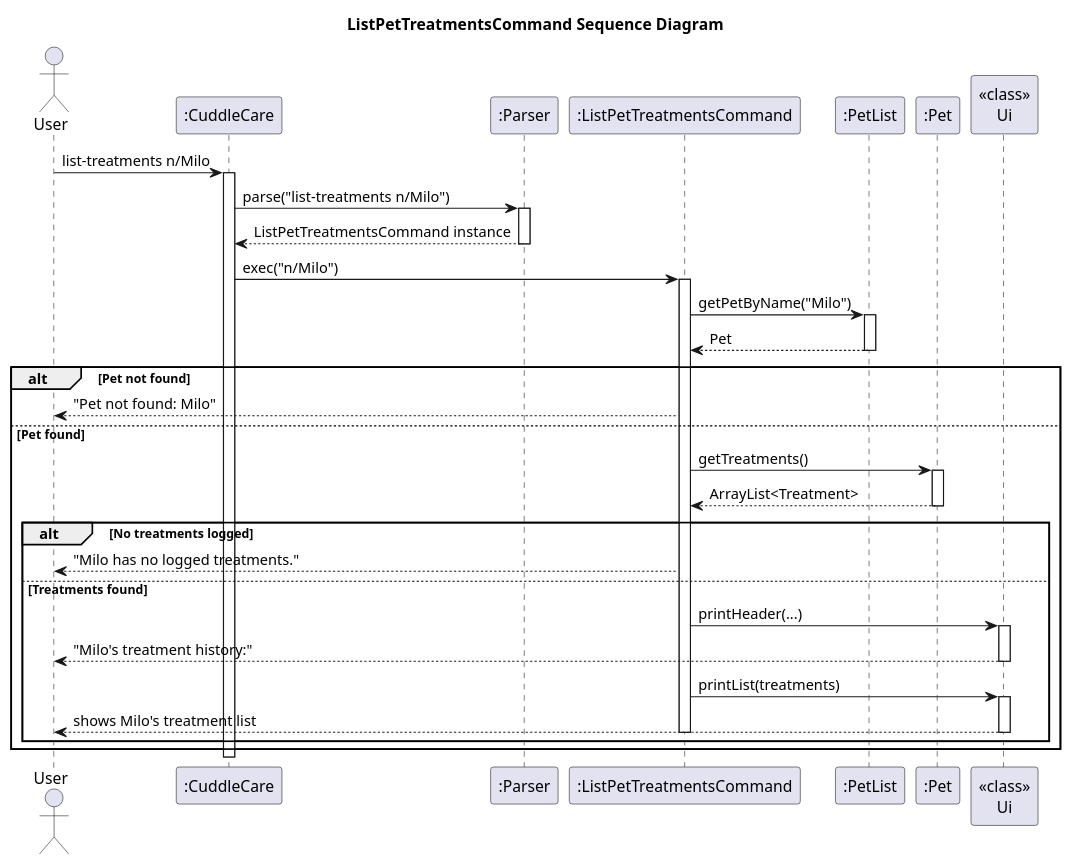
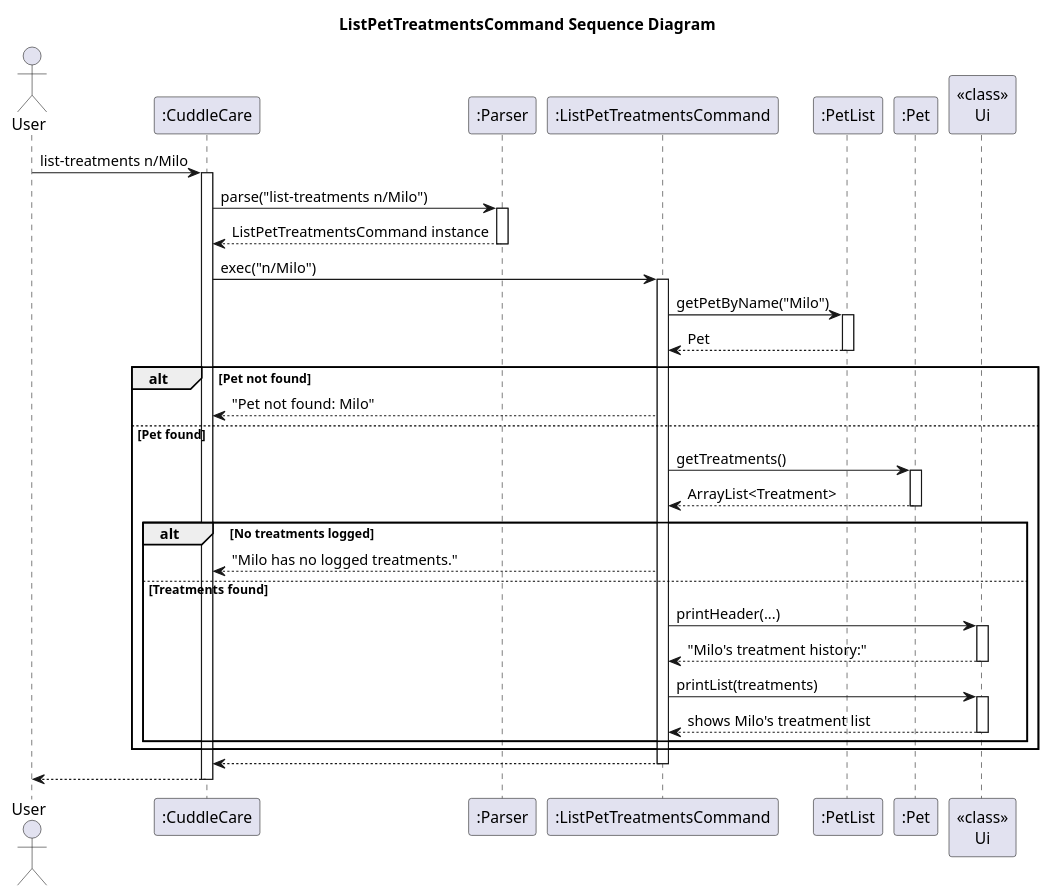
One commit to Kevin88866/tp changed the diagram in docs/uml/ListPetTreatmentsCommandSequence.puml. Above: the diagram before and after it, drawn with PlantUML. The commit also changed 3 other files, not shown here.

First line of the commit message:
Update sequence diagrams

```diff
--- a/docs/uml/ListPetTreatmentsCommandSequence.puml
+++ b/docs/uml/ListPetTreatmentsCommandSequence.puml
@@ -1,55 +1,55 @@
 @startuml
 title ListPetTreatmentsCommand Sequence Diagram
 
 actor User
 participant ":CuddleCare" as CuddleCare
 participant ":Parser" as Parser
 participant ":ListPetTreatmentsCommand" as Command
 participant ":PetList" as PetList
 participant ":Pet" as Pet
 participant "<<class>>\nUi" as Ui
 
 
 User -> CuddleCare: list-treatments n/Milo
 activate CuddleCare
 
 CuddleCare -> Parser: parse("list-treatments n/Milo")
 activate Parser
 Parser --> CuddleCare: ListPetTreatmentsCommand instance
 deactivate Parser
 
 CuddleCare -> Command: exec("n/Milo")
 activate Command
 
 
 Command -> PetList: getPetByName("Milo")
 activate PetList
 PetList --> Command: Pet
 deactivate PetList
 
 alt Pet not found
-    Command --> User: "Pet not found: Milo"
+    Command --> CuddleCare: "Pet not found: Milo"
 
 else Pet found
     Command -> Pet: getTreatments()
     activate Pet
     Pet --> Command: ArrayList<Treatment>
     deactivate Pet
 
     alt No treatments logged
-        Command --> User: "Milo has no logged treatments."
+        Command --> CuddleCare: "Milo has no logged treatments."
 
     else Treatments found
         Command -> Ui: printHeader(...)
         activate Ui
-        Ui --> User: "Milo's treatment history:"
-        deactivate Ui
+        return "Milo's treatment history:"
         Command -> Ui: printList(treatments)
         activate Ui
-        Ui --> User: shows Milo's treatment list
-        deactivate Ui
-        deactivate Command
+        return shows Milo's treatment list
     end
 end
+
+return
+return
         deactivate CuddleCare
 @enduml
```
